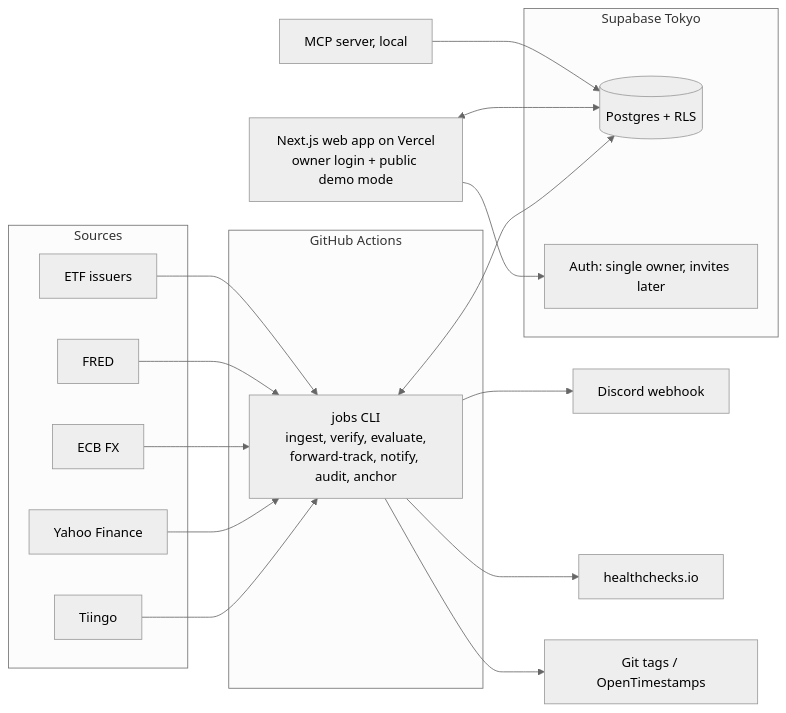
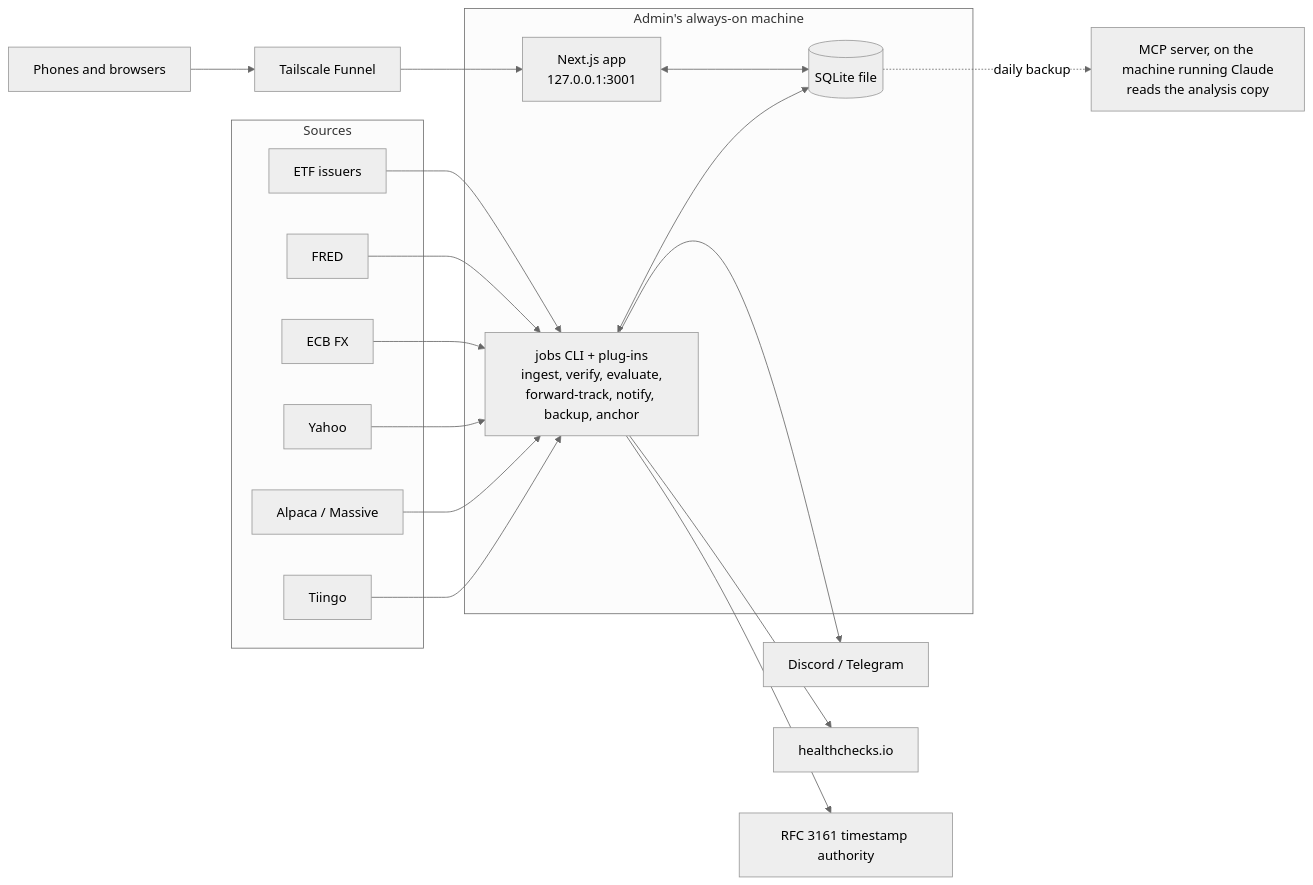
The first of 2 diagrams in docs/system-design.md (sp1aca9fa/saku), drawn with Mermaid (neutral theme) before and after one commit. The commit also changed other lines of this file and 28 other files, not shown here.

````diff
--- a/docs/system-design.md
+++ b/docs/system-design.md
@@ -7,30 +7,30 @@
 ```mermaid
 flowchart LR
   subgraph Sources
     T[Tiingo]
-    Y[Yahoo Finance]
+    AL[Alpaca / Massive]
+    Y[Yahoo]
     E[ECB FX]
     F[FRED]
     I[ETF issuers]
   end
-  subgraph GitHub Actions
-    J[jobs CLI<br/>ingest, verify, evaluate,<br/>forward-track, notify, audit, anchor]
+  subgraph Server [Admin's always-on machine]
+    J[jobs CLI + plug-ins<br/>ingest, verify, evaluate,<br/>forward-track, notify, backup, anchor]
+    DB[(SQLite file)]
+    W[Next.js app<br/>127.0.0.1:3001]
   end
-  subgraph Supabase Tokyo
-    DB[(Postgres + RLS)]
-    AU[Auth: single owner, invites later]
-  end
-  W[Next.js web app on Vercel<br/>owner login + public demo mode]
-  M[MCP server, local]
-  D[Discord webhook]
+  M[MCP server, on the machine running Claude<br/>reads the analysis copy]
+  N[Discord / Telegram]
   H[healthchecks.io]
-  G[Git tags / OpenTimestamps]
-  T & Y & E & F & I --> J
+  TS[RFC 3161 timestamp authority]
+  FN[Tailscale Funnel]
+  P[Phones and browsers]
+  T & AL & Y & E & F & I --> J
   J <--> DB
-  J --> D
+  W <--> DB
+  J --> N
   J --> H
-  J --> G
-  W <--> DB
-  W --> AU
-  M --> DB
+  J --> TS
+  P --> FN --> W
+  DB -. daily backup .-> M
 ```
````
